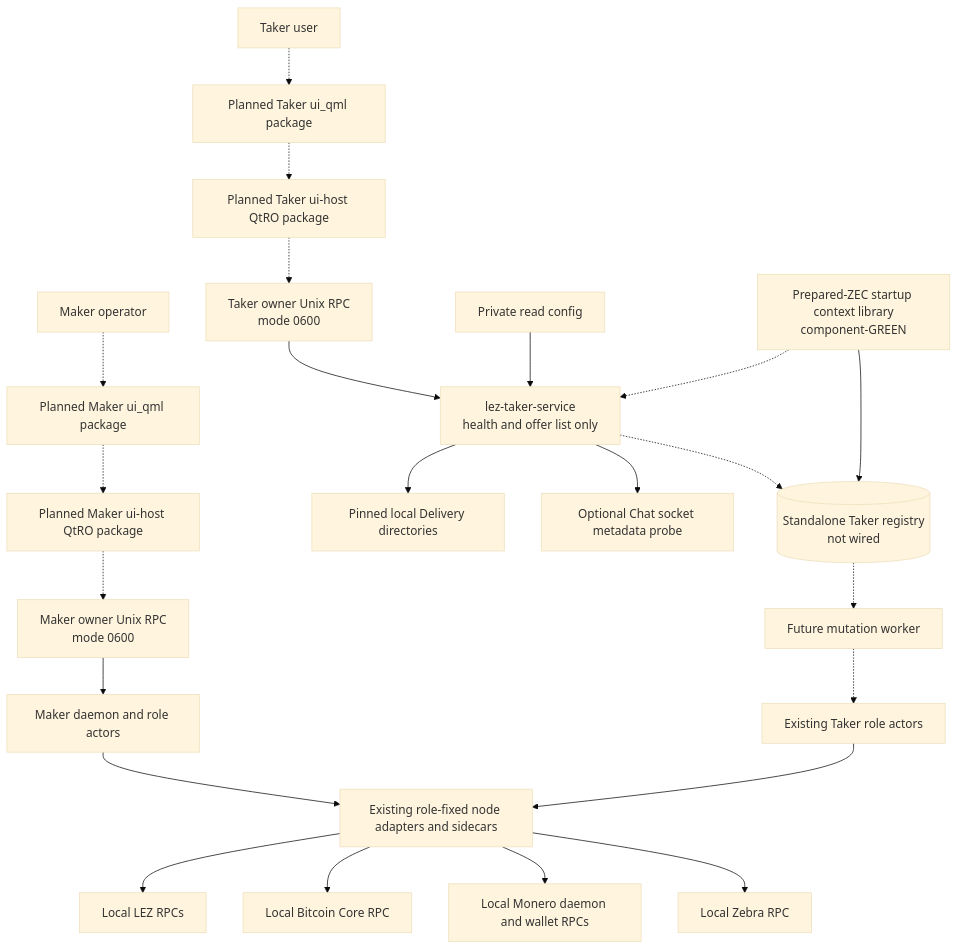
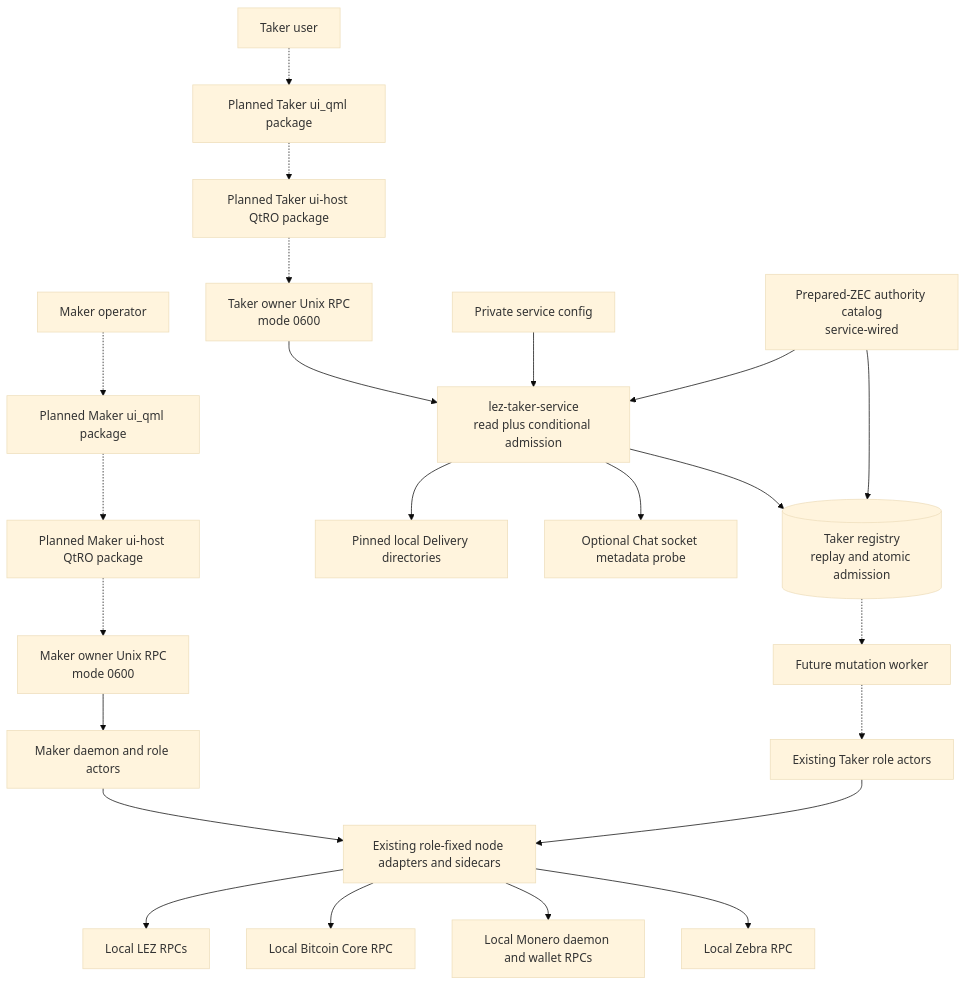
The second of 24 diagrams in docs/architecture/deployment-components-and-rpcs.md (gateway-fm/lez-atomic-swaps), drawn with Mermaid (base theme) before and after one commit. The commit also changed other lines of this file and 12 other files, not shown here.

Commit message:
docs(m6): explain replay-first service admission

````diff
--- a/docs/architecture/deployment-components-and-rpcs.md
+++ b/docs/architecture/deployment-components-and-rpcs.md
@@ -86,27 +78,27 @@
 ```mermaid
 flowchart TB
     Maker["Maker operator"] -.-> MakerQml["Planned Maker ui_qml package"]
     MakerQml -.-> MakerHost["Planned Maker ui-host QtRO package"]
     MakerHost -.-> OwnerRpc["Maker owner Unix RPC<br/>mode 0600"]
     OwnerRpc --> MakerDaemon["Maker daemon and role actors"]
 
     Taker["Taker user"] -.-> TakerQml["Planned Taker ui_qml package"]
     TakerQml -.-> TakerHost["Planned Taker ui-host QtRO package"]
     TakerHost -.-> TakerSocket["Taker owner Unix RPC<br/>mode 0600"]
-    TakerSocket --> TakerService["lez-taker-service<br/>health and offer list only"]
-    TakerConfig["Private read config"] --> TakerService
-    PreparedConfig["Prepared-ZEC startup context library<br/>component-GREEN"] -.-> TakerService
+    TakerSocket --> TakerService["lez-taker-service<br/>read plus conditional admission"]
+    TakerConfig["Private service config"] --> TakerService
+    PreparedConfig["Prepared-ZEC authority catalog<br/>service-wired"] --> TakerService
     PreparedConfig --> Registry
     TakerService --> Delivery["Pinned local Delivery directories"]
     TakerService --> ChatProbe["Optional Chat socket metadata probe"]
-    TakerService -.-> Registry[("Standalone Taker registry<br/>not wired")]
+    TakerService --> Registry[("Taker registry<br/>replay and atomic admission")]
     Registry -.-> Worker["Future mutation worker"]
     Worker -.-> TakerActors["Existing Taker role actors"]
 
     MakerDaemon --> NodeAdapters["Existing role-fixed node adapters and sidecars"]
     TakerActors --> NodeAdapters
     NodeAdapters --> Lez["Local LEZ RPCs"]
     NodeAdapters --> Bitcoin["Local Bitcoin Core RPC"]
     NodeAdapters --> Monero["Local Monero daemon and wallet RPCs"]
     NodeAdapters --> Zcash["Local Zebra RPC"]
 ```
````
